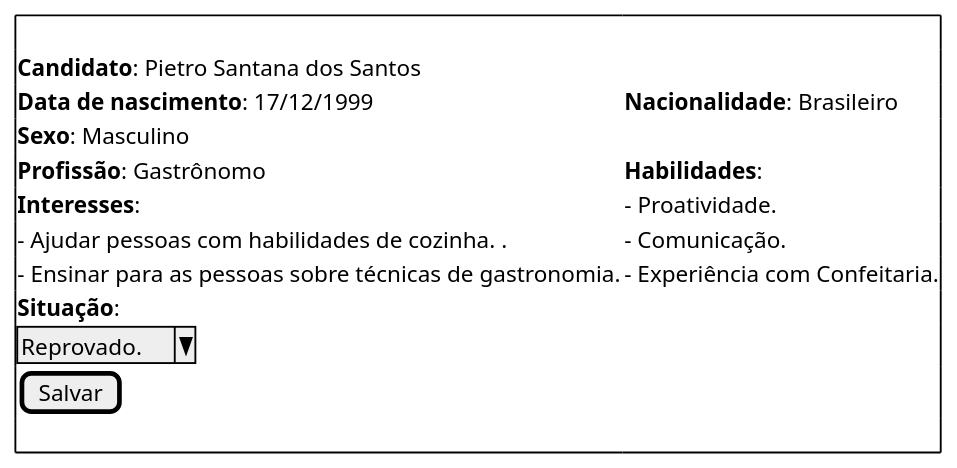
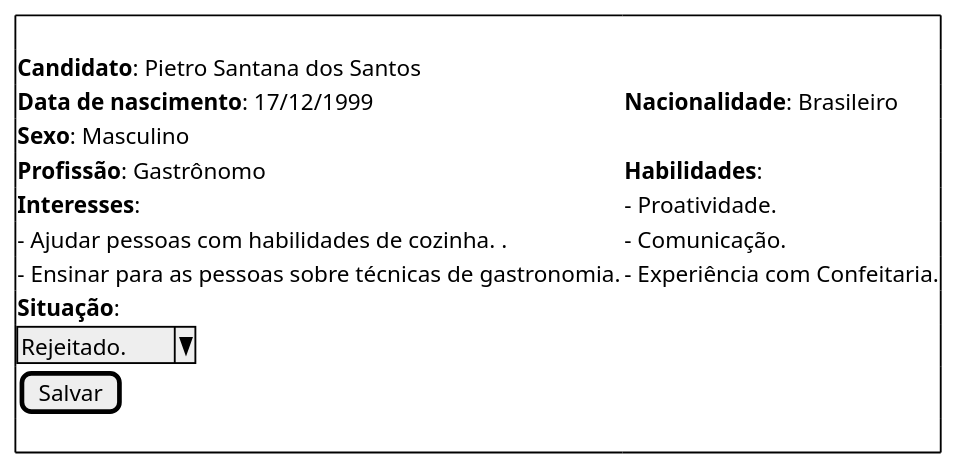
The ninth of 14 diagrams in telas-uc03.md (guisgiacomini/redeMaisSocialProjetoSoftware), drawn with PlantUML before and after one commit. The commit also changed other lines of this file, not shown here.

Commit message:
Corrigindo situação para: rejeitado.

````diff
--- a/telas-uc03.md
+++ b/telas-uc03.md
@@ -174,22 +174,22 @@
 ```plantuml
 @startsalt
 scale 1.25
 {+
     .
     **Candidato**: Pietro Santana dos Santos
     **Data de nascimento**: 17/12/1999 | **Nacionalidade**: Brasileiro
     **Sexo**: Masculino
     **Profissão**: Gastrônomo | **Habilidades**: 
     **Interesses**: | - Proatividade. 
     - Ajudar pessoas com habilidades de cozinha. .| - Comunicação.
     - Ensinar para as pessoas sobre técnicas de gastronomia.  | 
     - Experiência com Confeitaria.
 
     **Situação**: 
-    ^Reprovado.^
+    ^Rejeitado.^
 
     [Salvar]
     .
 }
 @endsalt
 ```
````
